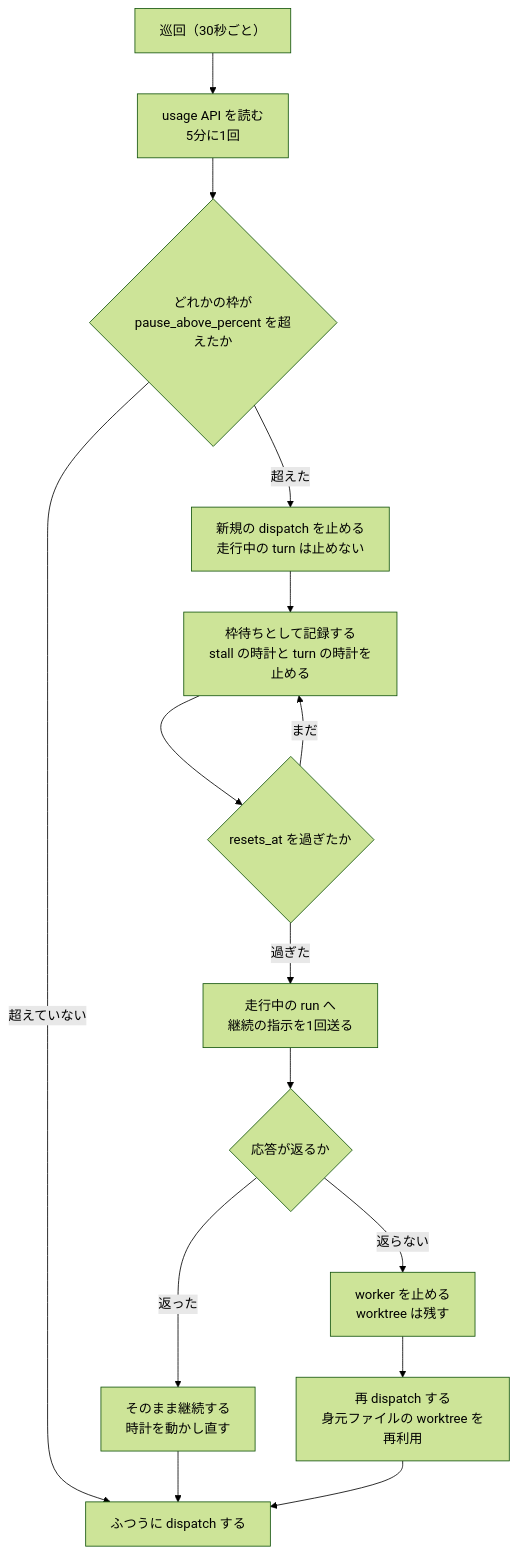
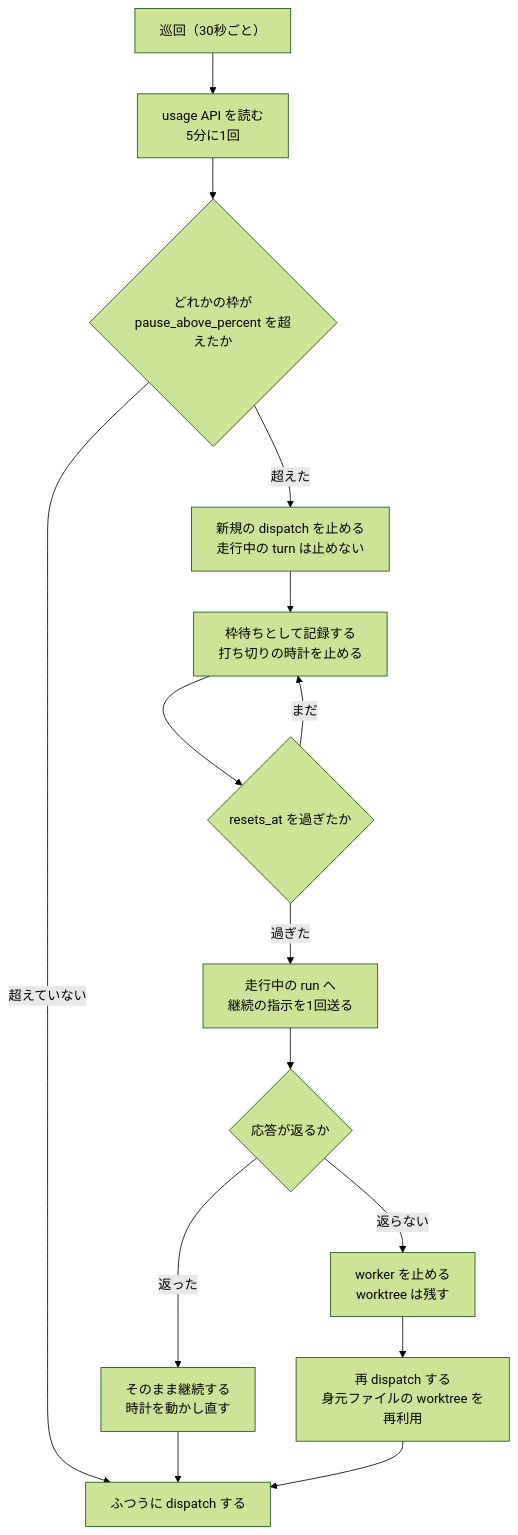
One commit to maimuzo/continuo changed the fourth of 4 diagrams in docs/plans/continuo_design_slim.md. Above: the diagram before and after it, drawn with Mermaid (forest theme). The commit also changed other lines of this file and 41 other files, not shown here.

````diff
--- a/docs/plans/continuo_design_slim.md
+++ b/docs/plans/continuo_design_slim.md
@@ -389,20 +390,20 @@
 ```mermaid
 flowchart TB
     poll["巡回（30秒ごと）"] --> usage["usage API を読む<br/>5分に1回"]
     usage --> over{"どれかの枠が<br/>pause_above_percent を超えたか"}
     over -->|"超えた"| stop["新規の dispatch を止める<br/>走行中の turn は止めない"]
     over -->|"超えていない"| normal["ふつうに dispatch する"]
 
-    stop --> waiting["枠待ちとして記録する<br/>stall の時計と turn の時計を止める"]
+    stop --> waiting["枠待ちとして記録する<br/>打ち切りの時計を止める"]
     waiting --> reset{"resets_at を過ぎたか"}
     reset -->|"まだ"| waiting
     reset -->|"過ぎた"| probe["走行中の run へ<br/>継続の指示を1回送る"]
 
     probe --> resp{"応答が返るか"}
     resp -->|"返った"| resume["そのまま継続する<br/>時計を動かし直す"]
     resp -->|"返らない"| kill["worker を止める<br/>worktree は残す"]
     kill --> redispatch["再 dispatch する<br/>身元ファイルの worktree を再利用"]
 
     resume --> normal
     redispatch --> normal
 ```
````
